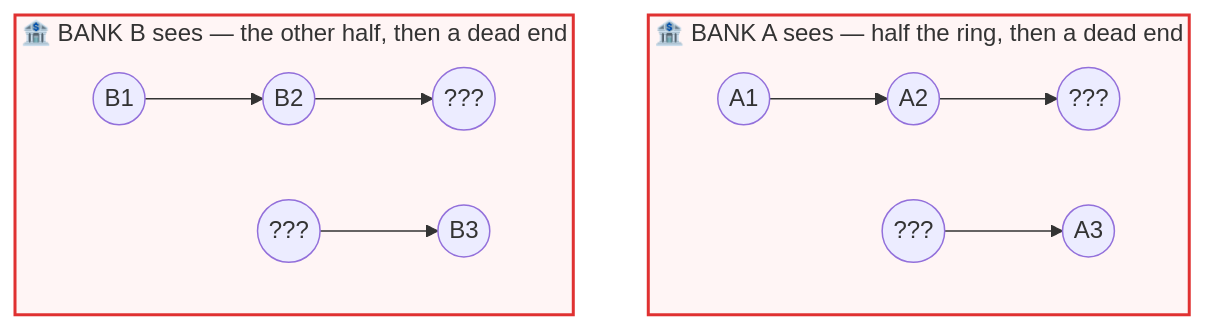
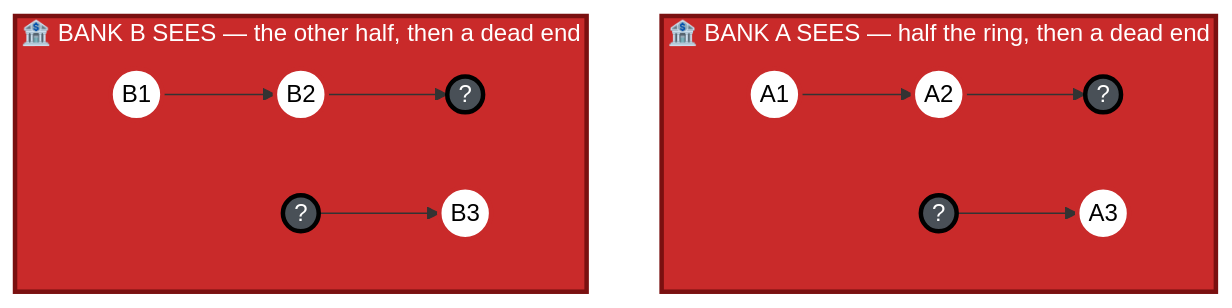
The third of 7 diagrams in README.md (akarshncodes/chakravyuh), drawn with Mermaid before and after one commit. The commit also changed other lines of this file, not shown here.

First line of the commit message:
docs: open with the hook, add solution mapping, add self-learning roadmap

````diff
--- a/README.md
+++ b/README.md
@@ -194,17 +256,22 @@
 ```mermaid
 flowchart TB
-    subgraph A["🏦 BANK A sees — half the ring, then a dead end"]
+    classDef known fill:#ffffff,stroke:#c92a2a,stroke-width:3px,color:#000000
+    classDef blind fill:#495057,stroke:#000000,stroke-width:3px,color:#ffffff
+
+    subgraph A["🏦 BANK A SEES — half the ring, then a dead end"]
         direction LR
-        a1(("A1")) --> a2(("A2")) --> ax(("???"))
-        axx(("???")) --> a3(("A3"))
+        a1(("A1")) --> a2(("A2")) --> ax(("?"))
+        axx(("?")) --> a3(("A3"))
     end
 
-    subgraph B["🏦 BANK B sees — the other half, then a dead end"]
+    subgraph B["🏦 BANK B SEES — the other half, then a dead end"]
         direction LR
-        b1(("B1")) --> b2(("B2")) --> bx(("???"))
-        bxx(("???")) --> b3(("B3"))
+        b1(("B1")) --> b2(("B2")) --> bx(("?"))
+        bxx(("?")) --> b3(("B3"))
     end
 
-    style A fill:#fff5f5,stroke:#e03131,stroke-width:2px
-    style B fill:#fff5f5,stroke:#e03131,stroke-width:2px
+    class a1,a2,a3,b1,b2,b3 known
+    class ax,axx,bx,bxx blind
+    style A fill:#c92a2a,stroke:#7a1010,stroke-width:3px,color:#ffffff
+    style B fill:#c92a2a,stroke:#7a1010,stroke-width:3px,color:#ffffff
 ```
````
